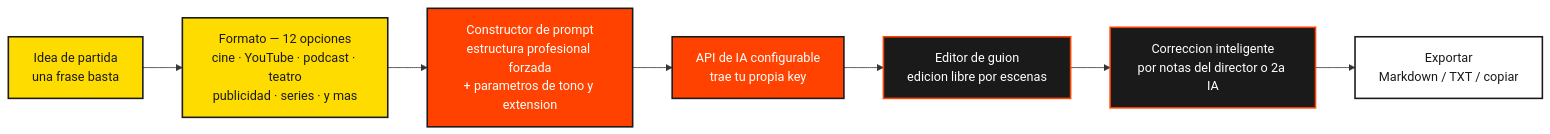
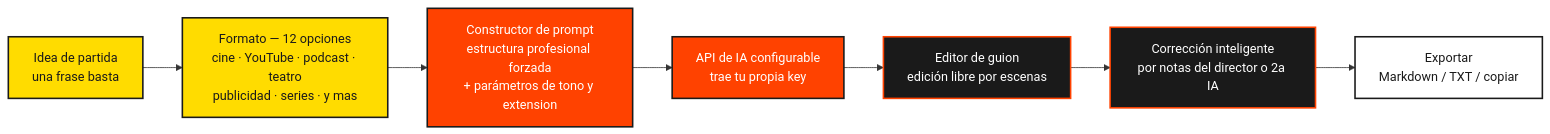
The diagram in README.md (freeanimationpower/FREE-SCRIPT-POWER), drawn with Mermaid before and after one commit. The commit also changed other lines of this file, not shown here.

````diff
--- a/README.md
+++ b/README.md
@@ -66,17 +66,17 @@
 ```mermaid
 flowchart LR
     classDef ui fill:#ffdc00,stroke:#1a1a1a,color:#1a1a1a,stroke-width:2px;
     classDef engine fill:#ff4200,stroke:#1a1a1a,color:#ffffff,stroke-width:2px;
     classDef data fill:#1a1a1a,stroke:#ff4200,color:#ffffff,stroke-width:2px;
     classDef ext fill:#ffffff,stroke:#1a1a1a,color:#1a1a1a,stroke-width:2px;
         IDEA["Idea de partida<br/>una frase basta"] --> FMT["Formato — 12 opciones<br/>cine · YouTube · podcast · teatro<br/>publicidad · series · y mas"]
-        FMT --> PRM["Constructor de prompt<br/>estructura profesional forzada<br/>+ parametros de tono y extension"]
+        FMT --> PRM["Constructor de prompt<br/>estructura profesional forzada<br/>+ parámetros de tono y extension"]
         PRM --> API["API de IA configurable<br/>trae tu propia key"]
-        API --> EDT["Editor de guion<br/>edicion libre por escenas"]
-        EDT --> FIX["Correccion inteligente<br/>por notas del director o 2a IA"]
+        API --> EDT["Editor de guion<br/>edición libre por escenas"]
+        EDT --> FIX["Corrección inteligente<br/>por notas del director o 2a IA"]
         FIX --> OUT["Exportar<br/>Markdown / TXT / copiar"]
         class IDEA,FMT ui
         class PRM,API engine
         class EDT,FIX data
         class OUT ext
 ```
````
